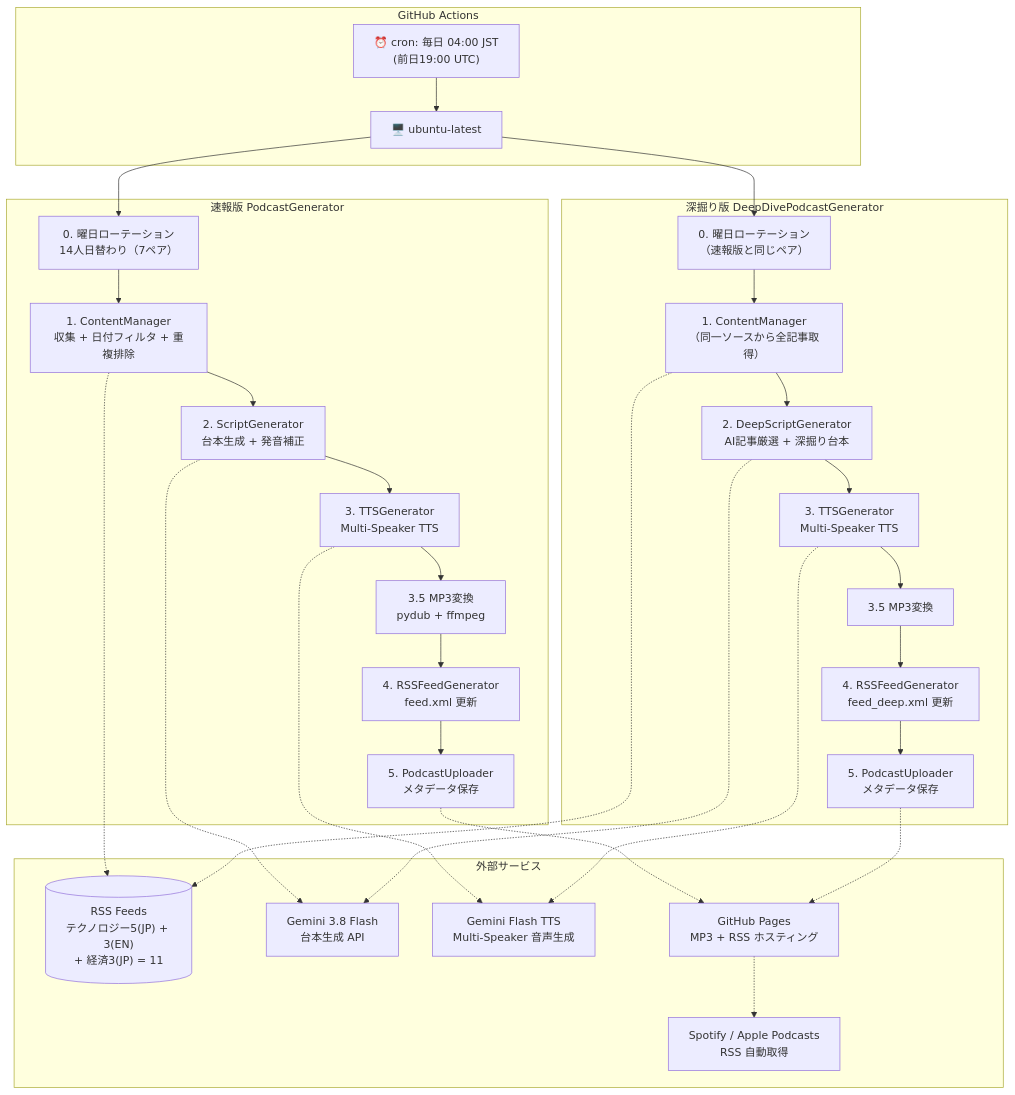
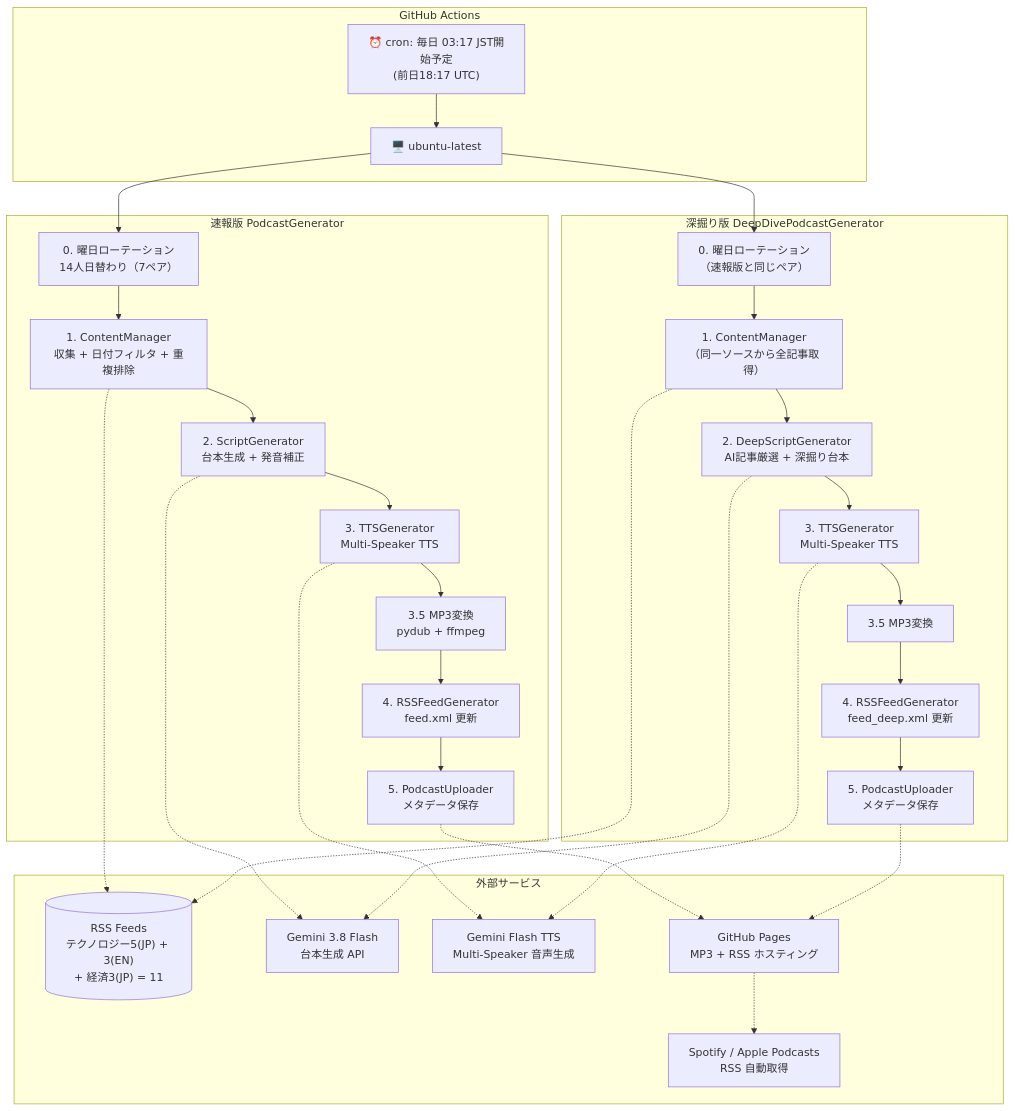
One commit to necoha/auto-podcast changed the first of 4 diagrams in docs/HLD.md. Above: the diagram before and after it, drawn with Mermaid. The commit also changed other lines of this file and 5 other files, not shown here.

````diff
--- a/docs/HLD.md
+++ b/docs/HLD.md
@@ -10,52 +10,52 @@
 ```mermaid
 flowchart TD
     subgraph CI["GitHub Actions"]
-        Cron["⏰ cron: 毎日 04:00 JST<br/>(前日19:00 UTC)"]
+        Cron["⏰ cron: 毎日 03:17 JST開始予定<br/>(前日18:17 UTC)"]
         Runner["🖥️ ubuntu-latest"]
     end
 
     subgraph Speed["速報版 PodcastGenerator"]
         ROT["0. 曜日ローテーション<br/>14人日替わり（7ペア）"]
         CM["1. ContentManager<br/>収集 + 日付フィルタ + 重複排除"]
         SG["2. ScriptGenerator<br/>台本生成 + 発音補正"]
         TTS["3. TTSGenerator<br/>Multi-Speaker TTS"]
         MP3["3.5 MP3変換<br/>pydub + ffmpeg"]
         RGEN["4. RSSFeedGenerator<br/>feed.xml 更新"]
         UP["5. PodcastUploader<br/>メタデータ保存"]
     end
 
     subgraph Deep["深掘り版 DeepDivePodcastGenerator"]
         ROT2["0. 曜日ローテーション<br/>（速報版と同じペア）"]
         CM2["1. ContentManager<br/>（同一ソースから全記事取得）"]
         DSG["2. DeepScriptGenerator<br/>AI記事厳選 + 深掘り台本"]
         TTS2["3. TTSGenerator<br/>Multi-Speaker TTS"]
         MP3_2["3.5 MP3変換"]
         RGEN2["4. RSSFeedGenerator<br/>feed_deep.xml 更新"]
         UP2["5. PodcastUploader<br/>メタデータ保存"]
     end
 
     subgraph External["外部サービス"]
         RSS[("RSS Feeds<br/>テクノロジー5(JP) + 3(EN)<br/>+ 経済3(JP) = 11")]
         GeminiLLM["Gemini 3.8 Flash<br/>台本生成 API"]
         GeminiTTS["Gemini Flash TTS<br/>Multi-Speaker 音声生成"]
         GHP["GitHub Pages<br/>MP3 + RSS ホスティング"]
         Spotify["Spotify / Apple Podcasts<br/>RSS 自動取得"]
     end
 
     Cron --> Runner
     Runner --> ROT --> CM
     CM --> SG --> TTS --> MP3 --> RGEN --> UP
 
     Runner --> ROT2 --> CM2
     CM2 --> DSG --> TTS2 --> MP3_2 --> RGEN2 --> UP2
 
     CM -.-> RSS
     CM2 -.-> RSS
     SG -.-> GeminiLLM
     DSG -.-> GeminiLLM
     TTS -.-> GeminiTTS
     TTS2 -.-> GeminiTTS
     UP -.-> GHP
     UP2 -.-> GHP
     GHP -.-> Spotify
 ```
````
